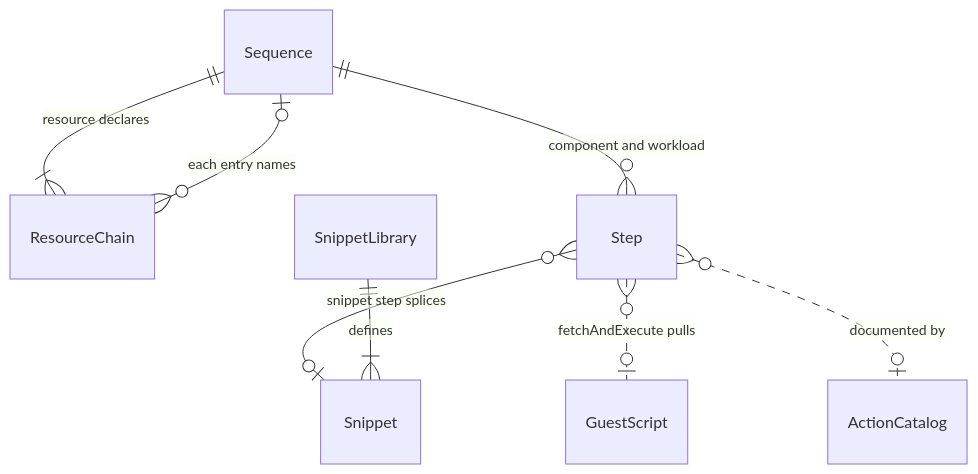
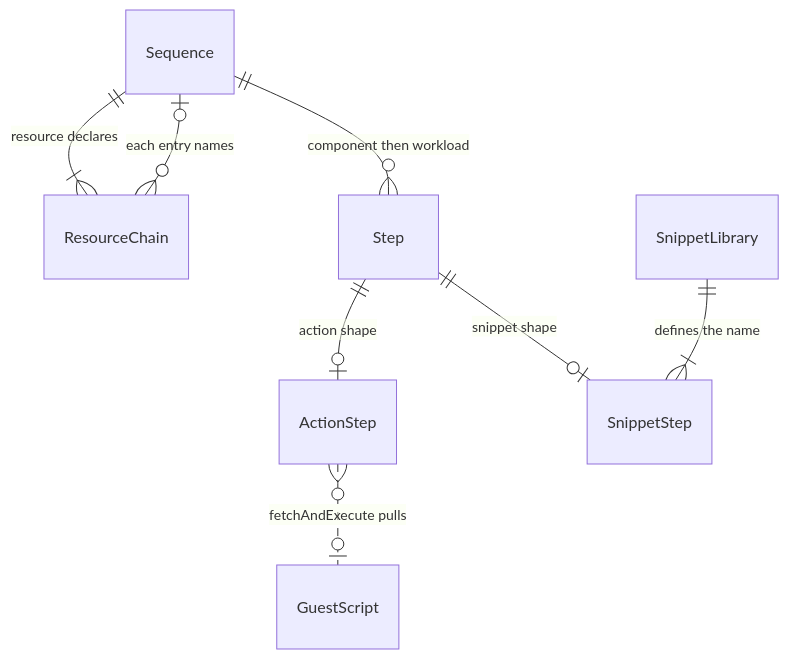
Before and after one commit to alissonsol/yuruna: the seventh of 14 diagrams in docs/design/05-data-model.md, drawn with Mermaid. The commit also changed other lines of this file and 752 other files, not shown here.

````diff
--- a/docs/design/05-data-model.md
+++ b/docs/design/05-data-model.md
@@ -287,10 +432,10 @@
 ```mermaid
 erDiagram
     Sequence ||--|{ ResourceChain : "resource declares"
     ResourceChain }o--o| Sequence : "each entry names"
-    Sequence ||--o{ Step : "component and workload"
-    Step }o--o| Snippet : "snippet step splices"
-    SnippetLibrary ||--|{ Snippet : "defines"
-    Step }o..o| GuestScript : "fetchAndExecute pulls"
-    Step }o..o| ActionCatalog : "documented by"
+    Sequence ||--o{ Step : "component then workload"
+    Step ||--o| ActionStep : "action shape"
+    Step ||--o| SnippetStep : "snippet shape"
+    SnippetLibrary ||--|{ SnippetStep : "defines the name"
+    ActionStep }o..o| GuestScript : "fetchAndExecute pulls"
 ```
````
